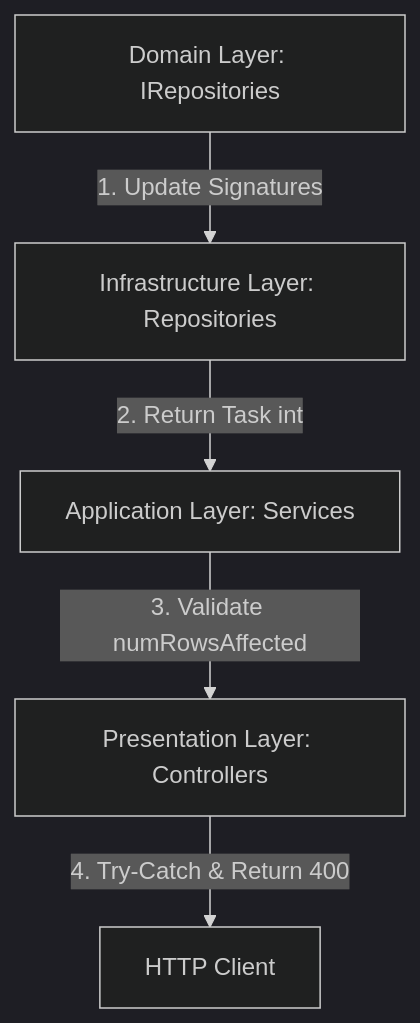
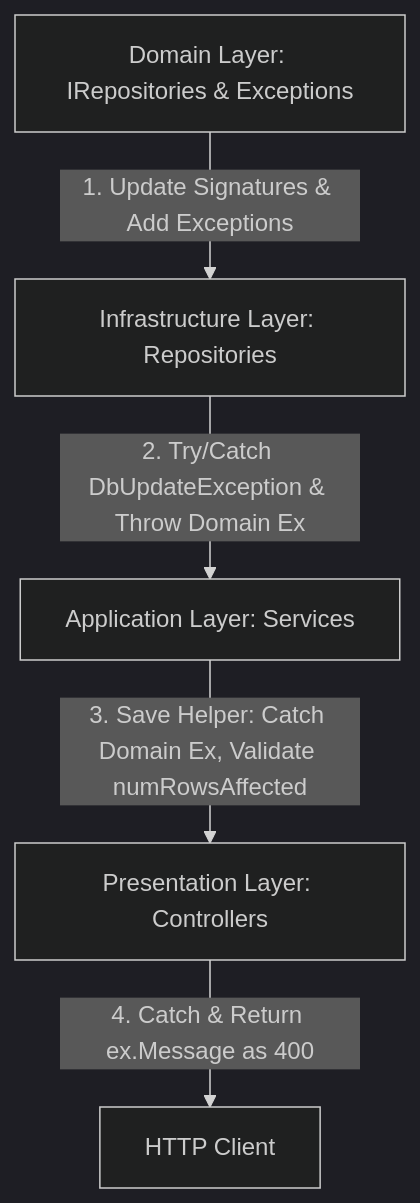
One commit to 1000do/Linked changed the diagram in .agents/skills/efcore_savechanges_refactor/SKILL.md. Above: the diagram before and after it, drawn with Mermaid (dark theme). The commit also changed other lines of this file and 35 other files, not shown here.

````diff
--- a/.agents/skills/efcore_savechanges_refactor/SKILL.md
+++ b/.agents/skills/efcore_savechanges_refactor/SKILL.md
@@ -18,7 +18,7 @@
 ```mermaid
 graph TD
-    Domain[Domain Layer: IRepositories] -->|1. Update Signatures| Infra[Infrastructure Layer: Repositories]
-    Infra -->|2. Return Task int| App[Application Layer: Services]
-    App -->|3. Validate numRowsAffected| Pres[Presentation Layer: Controllers]
-    Pres -->|4. Try-Catch & Return 400| Client[HTTP Client]
+    Domain[Domain Layer: IRepositories & Exceptions] -->|1. Update Signatures & Add Exceptions| Infra[Infrastructure Layer: Repositories]
+    Infra -->|2. Try/Catch DbUpdateException & Throw Domain Ex| App[Application Layer: Services]
+    App -->|3. Save Helper: Catch Domain Ex, Validate numRowsAffected| Pres[Presentation Layer: Controllers]
+    Pres -->|4. Catch & Return ex.Message as 400| Client[HTTP Client]
 ```
````
